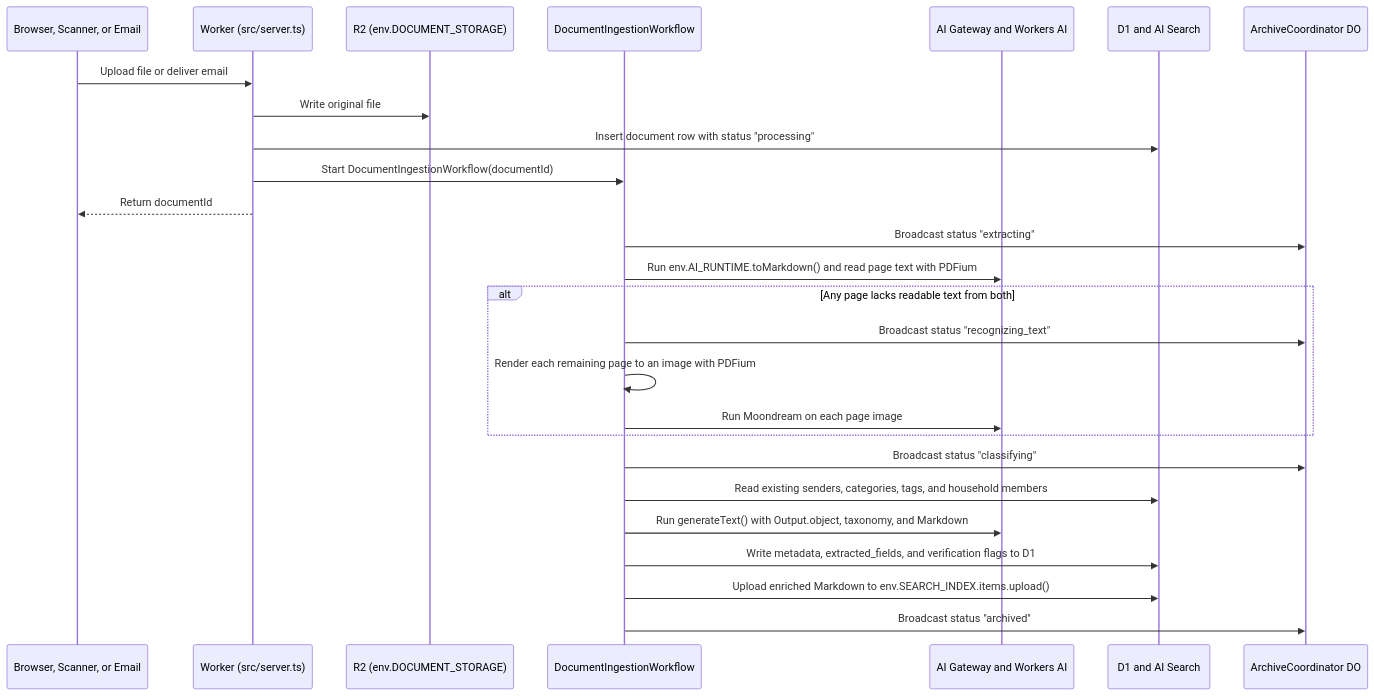
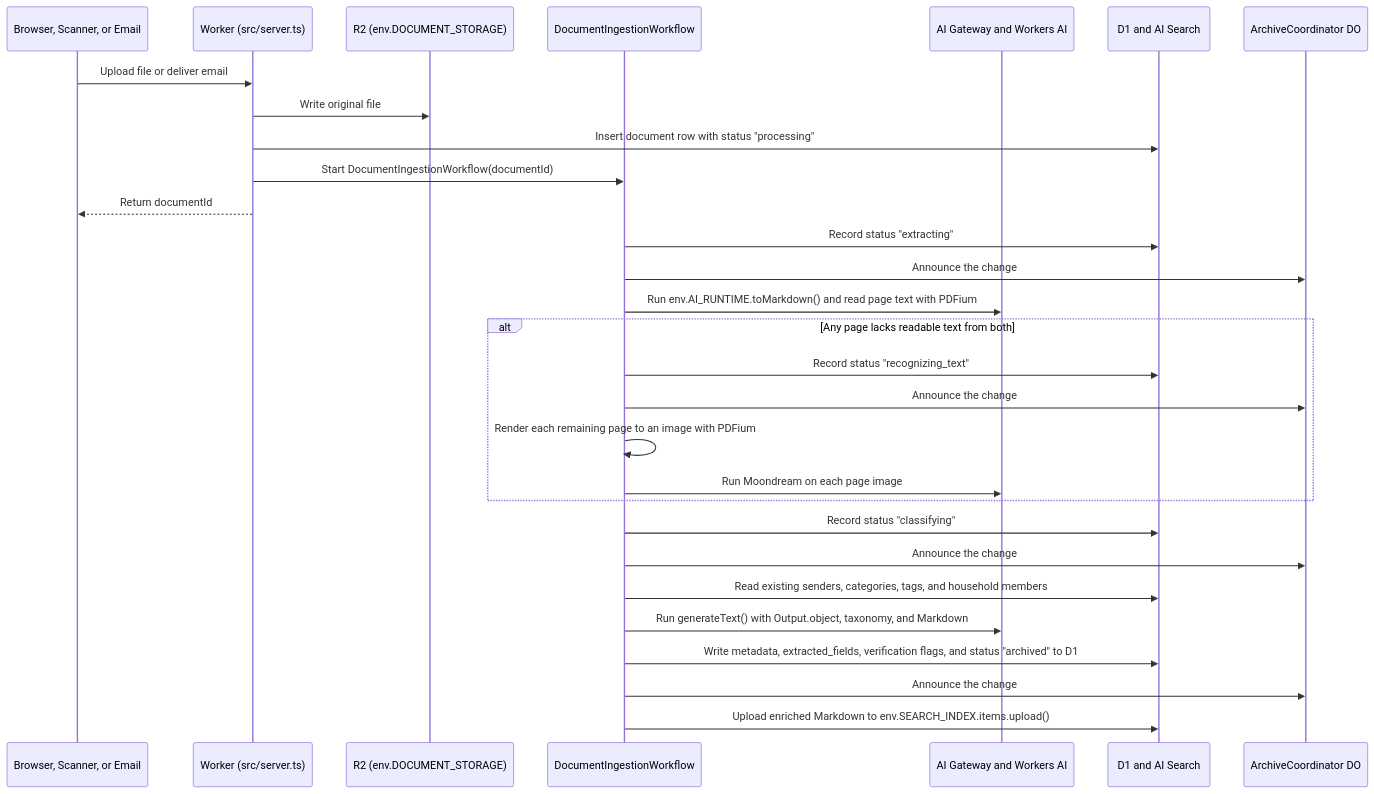
One commit to SzymonNastaly/schublade changed the second of 2 diagrams in VISION.md. Above: the diagram before and after it, drawn with Mermaid. The commit also changed other lines of this file and 2 other files, not shown here.

First line of the commit message:
Record the realtime phase in README, VISION, and the plan

````diff
--- a/VISION.md
+++ b/VISION.md
@@ -105,29 +105,32 @@
 ```mermaid
 sequenceDiagram
 	participant Client as Browser, Scanner, or Email
 	participant Worker as Worker (src/server.ts)
 	participant R2 as R2 (env.DOCUMENT_STORAGE)
 	participant WF as DocumentIngestionWorkflow
 	participant AI as AI Gateway and Workers AI
 	participant DB as D1 and AI Search
 	participant Coord as ArchiveCoordinator DO
 
 	Client->>Worker: Upload file or deliver email
 	Worker->>R2: Write original file
 	Worker->>DB: Insert document row with status "processing"
 	Worker->>WF: Start DocumentIngestionWorkflow(documentId)
 	Worker-->>Client: Return documentId
-	WF->>Coord: Broadcast status "extracting"
+	WF->>DB: Record status "extracting"
+	WF->>Coord: Announce the change
 	WF->>AI: Run env.AI_RUNTIME.toMarkdown() and read page text with PDFium
 	alt Any page lacks readable text from both
-		WF->>Coord: Broadcast status "recognizing_text"
+		WF->>DB: Record status "recognizing_text"
+		WF->>Coord: Announce the change
 		WF->>WF: Render each remaining page to an image with PDFium
 		WF->>AI: Run Moondream on each page image
 	end
-	WF->>Coord: Broadcast status "classifying"
+	WF->>DB: Record status "classifying"
+	WF->>Coord: Announce the change
 	WF->>DB: Read existing senders, categories, tags, and household members
 	WF->>AI: Run generateText() with Output.object, taxonomy, and Markdown
-	WF->>DB: Write metadata, extracted_fields, and verification flags to D1
+	WF->>DB: Write metadata, extracted_fields, verification flags, and status "archived" to D1
+	WF->>Coord: Announce the change
 	WF->>DB: Upload enriched Markdown to env.SEARCH_INDEX.items.upload()
-	WF->>Coord: Broadcast status "archived"
 ```
````
